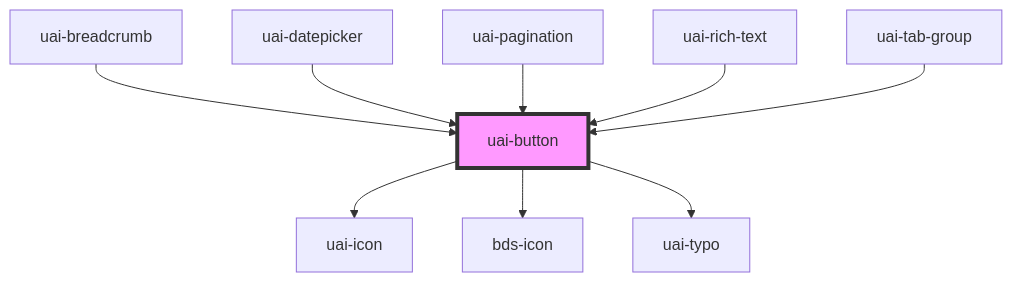
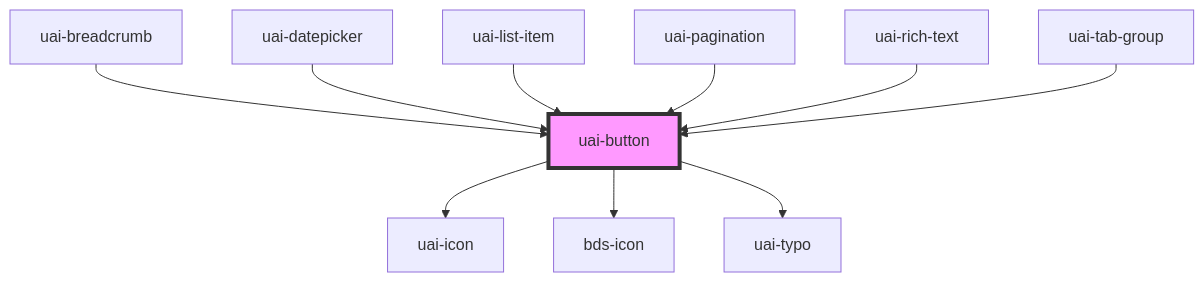
One commit to takenet/blip-ds changed the diagram in src/components/uai-button/readme.md. Above: the diagram before and after it, drawn with Mermaid. The commit also changed other lines of this file and 10 other files, not shown here.

````diff
--- a/src/components/uai-button/readme.md
+++ b/src/components/uai-button/readme.md
@@ -193,12 +194,13 @@
 ```mermaid
 graph TD;
   uai-button --> uai-icon
   uai-button --> bds-icon
   uai-button --> uai-typo
   uai-breadcrumb --> uai-button
   uai-datepicker --> uai-button
+  uai-list-item --> uai-button
   uai-pagination --> uai-button
   uai-rich-text --> uai-button
   uai-tab-group --> uai-button
   style uai-button fill:#f9f,stroke:#333,stroke-width:4px
 ```
````
